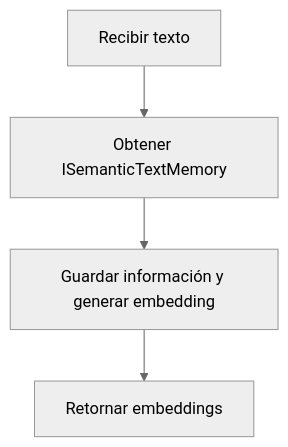
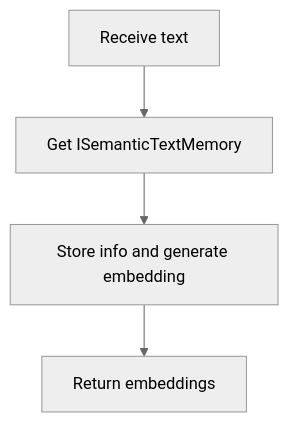
One commit to cfonseca23/CF.AspireApp.Llm changed the sixth of 7 diagrams in README.md. Above: the diagram before and after it, drawn with Mermaid (neutral theme). The commit also changed other lines of this file, not shown here.

Commit message:
Actualiza la sección de configuración y uso en README.md, mejora la claridad de los diagramas Mermaid y añade la sección de licencia.

````diff
--- a/README.md
+++ b/README.md
@@ -83,6 +78,6 @@
 ```mermaid
 flowchart TD
-    A[Recibir texto] --> B[Obtener ISemanticTextMemory]
-    B --> C[Guardar información y generar embedding]
-    C --> D[Retornar embeddings]
+    A[Receive text] --> B[Get ISemanticTextMemory]
+    B --> C[Store info and generate embedding]
+    C --> D[Return embeddings]
 ```
````
